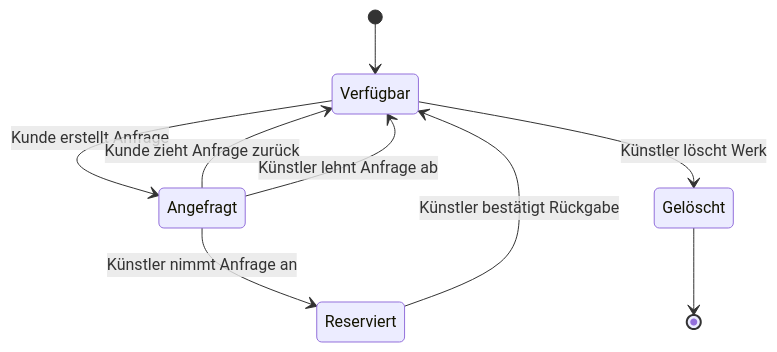
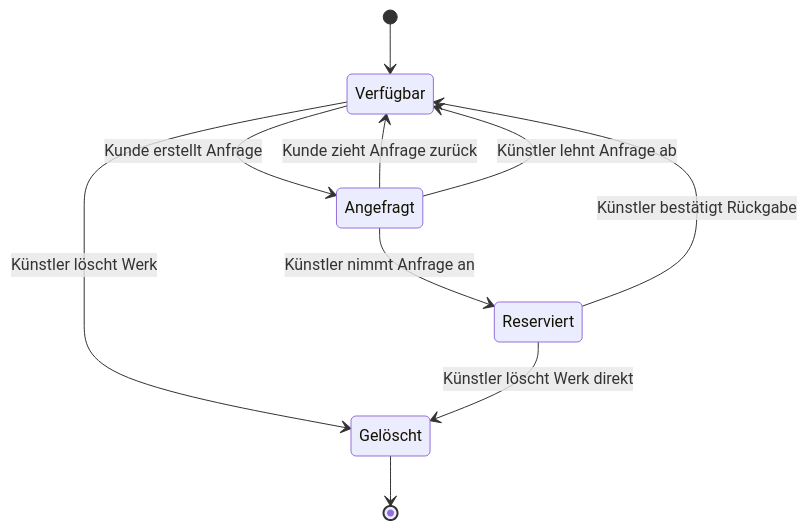
The first of 2 diagrams in docs/use-cases/reservation-flow.md (weidmanngabriel/rentart-app-chrissie), drawn with Mermaid before and after one commit. The commit also changed other lines of this file and 2 other files, not shown here.

First line of the commit message:
docs: allow deleting reserved artworks

````diff
--- a/docs/use-cases/reservation-flow.md
+++ b/docs/use-cases/reservation-flow.md
@@ -5,18 +5,19 @@
 ```mermaid
 stateDiagram-v2
     state "Verfügbar" as Available
     state "Angefragt" as Requested
     state "Reserviert" as Reserved
     state "Gelöscht" as Deleted
 
     [*] --> Available
 
     Available --> Requested : Kunde erstellt Anfrage
     Requested --> Available : Kunde zieht Anfrage zurück
     Requested --> Available : Künstler lehnt Anfrage ab
     Requested --> Reserved : Künstler nimmt Anfrage an
     Reserved --> Available : Künstler bestätigt Rückgabe
 
     Available --> Deleted : Künstler löscht Werk
+    Reserved --> Deleted : Künstler löscht Werk direkt
     Deleted --> [*]
 ```
````
